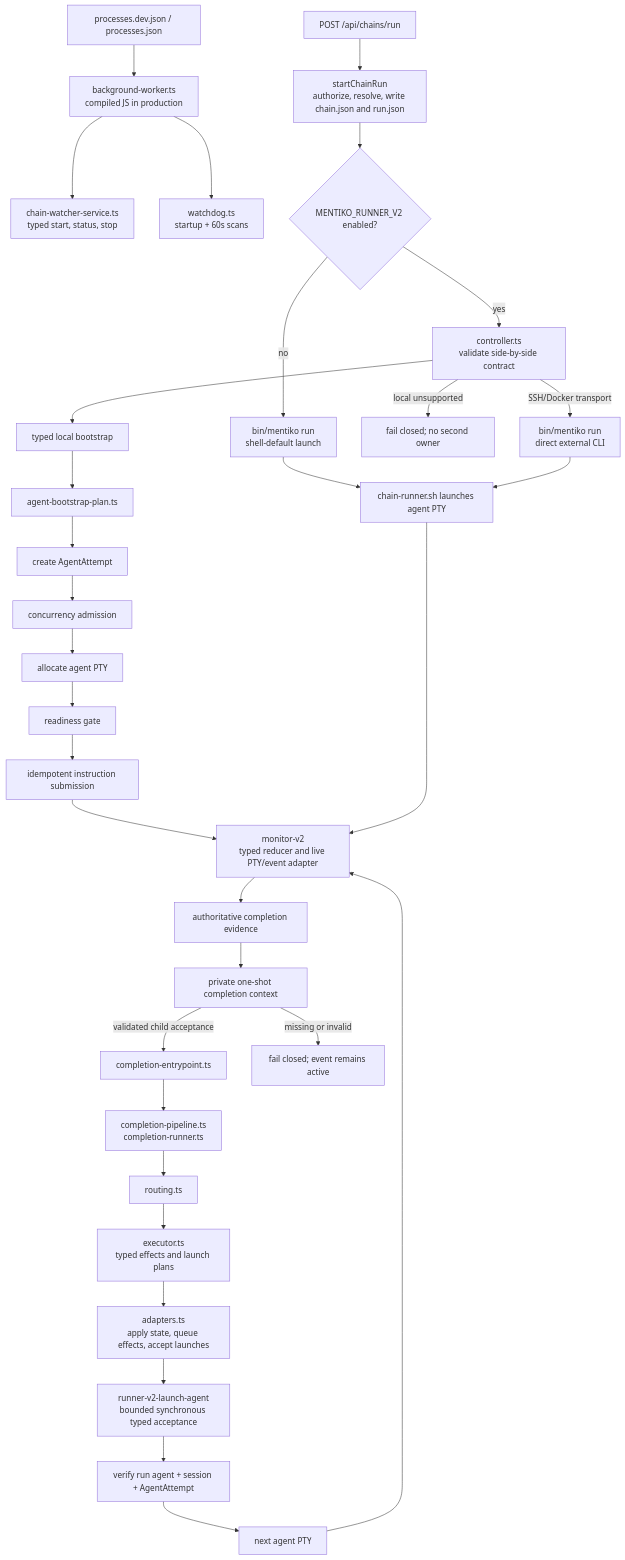
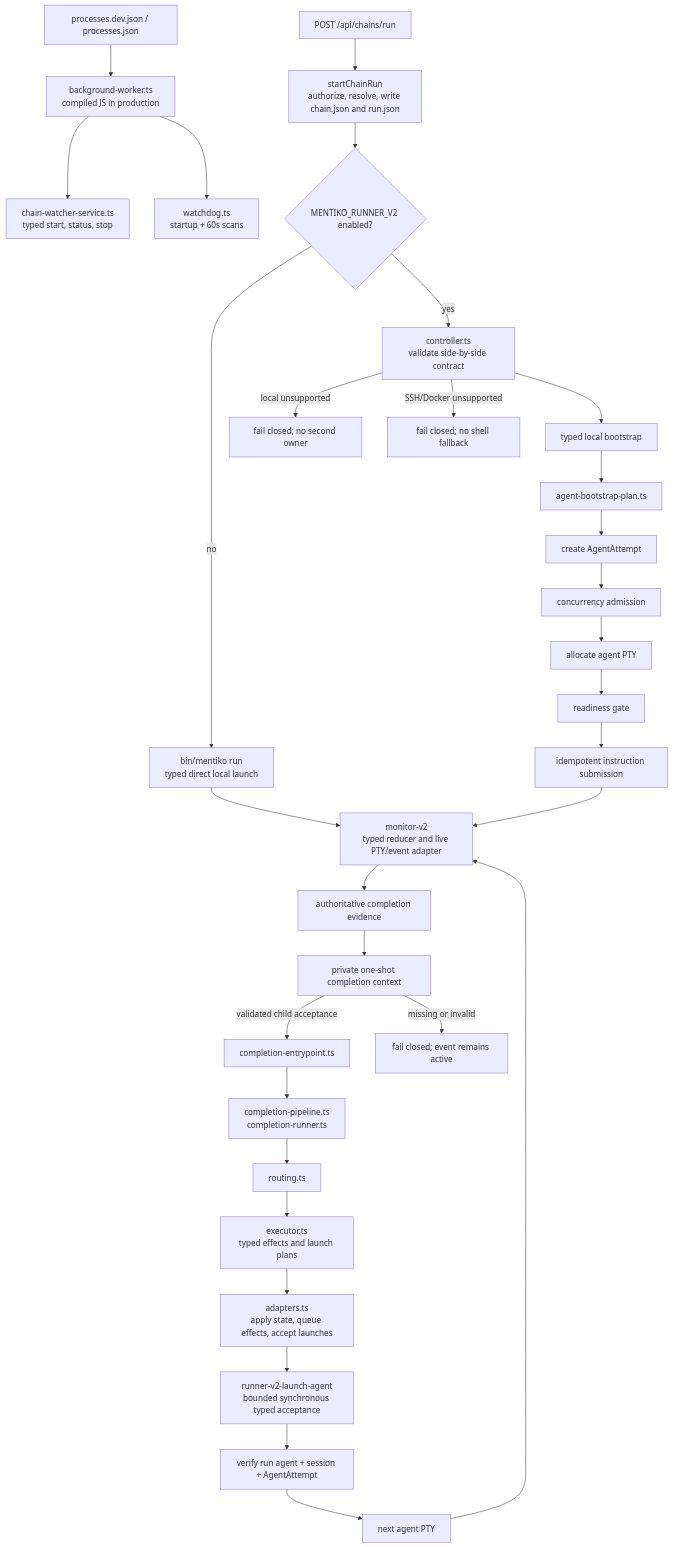
Before and after one commit to kollaborai/mentiko: the first of 2 diagrams in docs/RUNNER_V2_ARCHITECTURE.md, drawn with Mermaid. The commit also changed other lines of this file and 3 other files, not shown here.

````diff
--- a/docs/RUNNER_V2_ARCHITECTURE.md
+++ b/docs/RUNNER_V2_ARCHITECTURE.md
@@ -46,41 +46,39 @@
 ```mermaid
 flowchart TD
     PROCESSES["processes.dev.json / processes.json"] --> WORKER["background-worker.ts<br/>compiled JS in production"]
     WORKER --> WATCHER["chain-watcher-service.ts<br/>typed start, status, stop"]
     WORKER --> WATCHDOG["watchdog.ts<br/>startup + 60s scans"]
 
     HTTP["POST /api/chains/run"] --> SERVICE["startChainRun<br/>authorize, resolve, write chain.json and run.json"]
     SERVICE --> GATE{"MENTIKO_RUNNER_V2 enabled?"}
 
-    GATE -->|no| SHELL0["bin/mentiko run<br/>shell-default launch"]
+    GATE -->|no| DIRECT0["bin/mentiko run<br/>typed direct local launch"]
     GATE -->|yes| CONTROLLER["controller.ts<br/>validate side-by-side contract"]
     CONTROLLER --> BOOTSTRAP["typed local bootstrap"]
     BOOTSTRAP --> PLAN["agent-bootstrap-plan.ts"]
     PLAN --> ATTEMPT["create AgentAttempt"]
     ATTEMPT --> ADMISSION["concurrency admission"]
     ADMISSION --> PTY["allocate agent PTY"]
     PTY --> READY["readiness gate"]
     READY --> SUBMIT["idempotent instruction submission"]
 
     CONTROLLER -->|local unsupported| CLOSE0["fail closed; no second owner"]
-    CONTROLLER -->|SSH/Docker transport| EXTERNAL0["bin/mentiko run<br/>direct external CLI"]
-    SHELL0 --> SHELLAGENT["chain-runner.sh launches agent PTY"]
-    EXTERNAL0 --> SHELLAGENT
+    CONTROLLER -->|SSH/Docker unsupported| CLOSE1["fail closed; no shell fallback"]
+    DIRECT0 --> MONITOR
 
     SUBMIT --> MONITOR["monitor-v2<br/>typed reducer and live PTY/event adapter"]
-    SHELLAGENT --> MONITOR
 
     MONITOR --> EVIDENCE["authoritative completion evidence"]
     EVIDENCE --> CONTEXT["private one-shot completion context"]
     CONTEXT -->|validated child acceptance| ENTRY["completion-entrypoint.ts"]
     CONTEXT -->|missing or invalid| CLOSE["fail closed; event remains active"]
 
     ENTRY --> REDUCE["completion-pipeline.ts<br/>completion-runner.ts"]
     REDUCE --> ROUTE["routing.ts"]
     ROUTE --> EXECUTOR["executor.ts<br/>typed effects and launch plans"]
     EXECUTOR --> ADAPTERS["adapters.ts<br/>apply state, queue effects, accept launches"]
     ADAPTERS --> ACCEPT["runner-v2-launch-agent<br/>bounded synchronous typed acceptance"]
     ACCEPT --> PROOF["verify run agent + session + AgentAttempt"]
     PROOF --> NEXT["next agent PTY"]
     NEXT --> MONITOR
 ```
````
